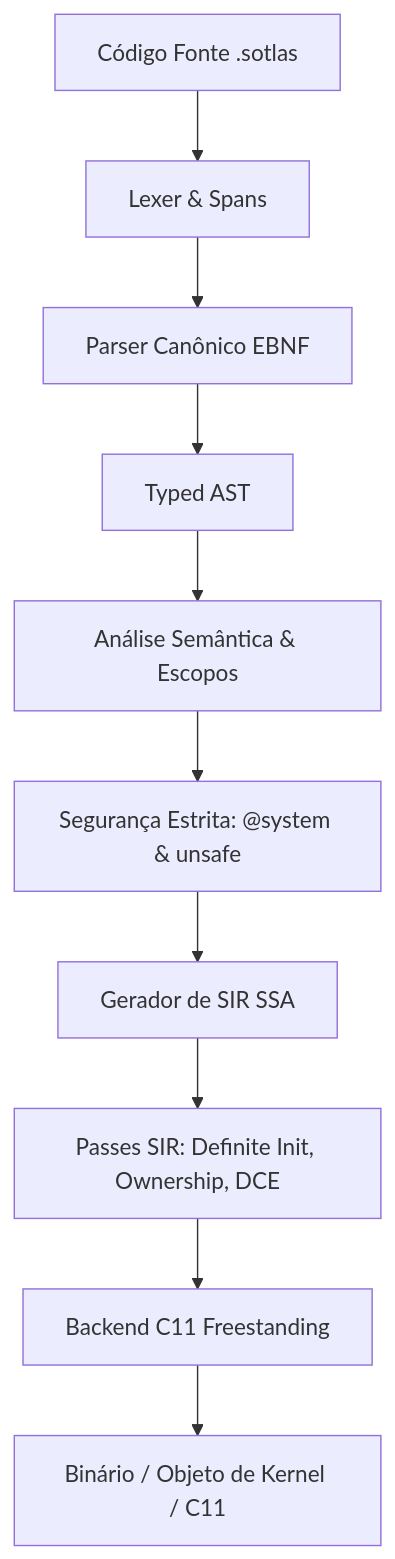
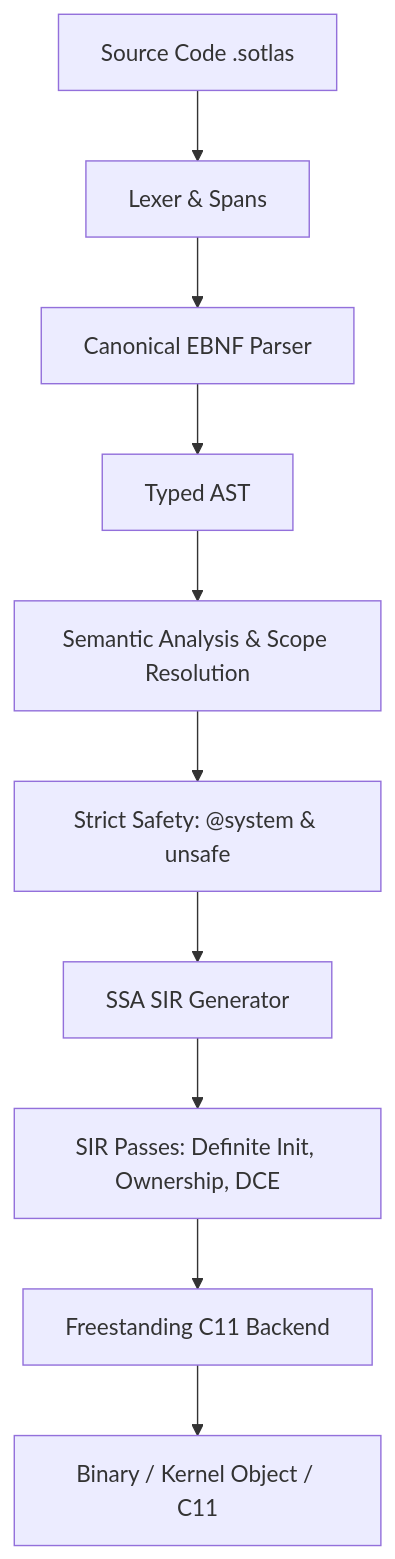
The diagram in README.md (HPinho/sotlas_dev), drawn with Mermaid before and after one commit. The commit also changed other lines of this file and 1 other file, not shown here.

````diff
--- a/README.md
+++ b/README.md
@@ -115,12 +116,12 @@
 ```mermaid
 graph TD
-    SRC[Código Fonte .sotlas] --> LEX[Lexer & Spans]
-    LEX --> PARSE[Parser Canônico EBNF]
+    SRC[Source Code .sotlas] --> LEX[Lexer & Spans]
+    LEX --> PARSE[Canonical EBNF Parser]
     PARSE --> AST[Typed AST]
-    AST --> SEMA[Análise Semântica & Escopos]
-    SEMA --> SAFETY[Segurança Estrita: @system & unsafe]
-    SAFETY --> SIR_GEN[Gerador de SIR SSA]
-    SIR_GEN --> SIR_PASSES[Passes SIR: Definite Init, Ownership, DCE]
-    SIR_PASSES --> CODEGEN[Backend C11 Freestanding]
-    CODEGEN --> OUT[Binário / Objeto de Kernel / C11]
+    AST --> SEMA[Semantic Analysis & Scope Resolution]
+    SEMA --> SAFETY[Strict Safety: @system & unsafe]
+    SAFETY --> SIR_GEN[SSA SIR Generator]
+    SIR_GEN --> SIR_PASSES[SIR Passes: Definite Init, Ownership, DCE]
+    SIR_PASSES --> CODEGEN[Freestanding C11 Backend]
+    CODEGEN --> OUT[Binary / Kernel Object / C11]
 ```
````
